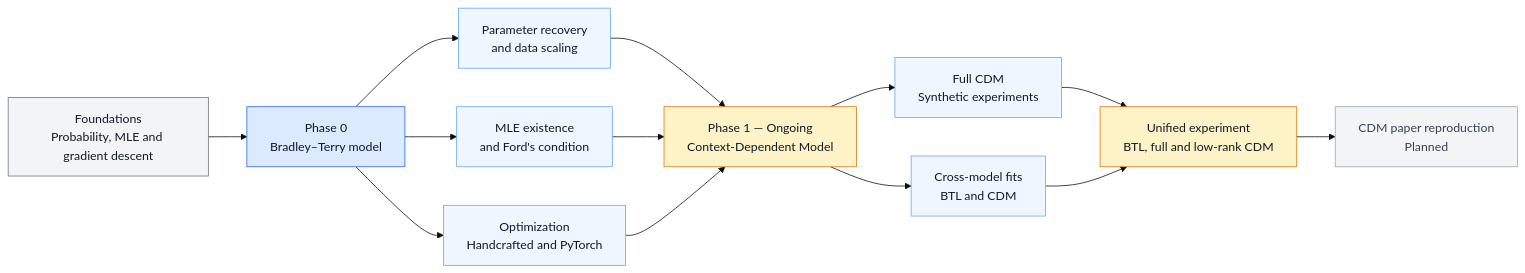
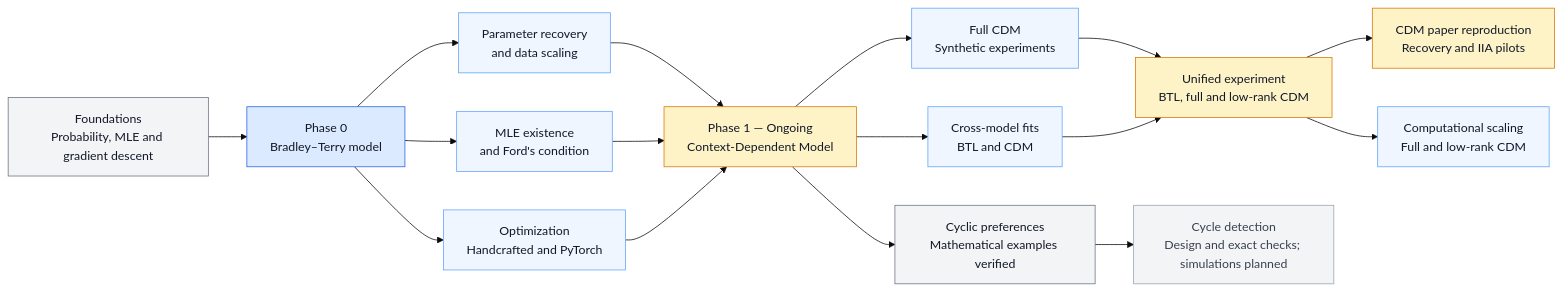
One commit to rbhdsks/Learning-from-Comparison-Data-Master-Thesis-Project- changed the diagram in README.md. Above: the diagram before and after it, drawn with Mermaid (base theme). The commit also changed other lines of this file and 5 other files, not shown here.

````diff
--- a/README.md
+++ b/README.md
@@ -9,40 +9,46 @@
 ```mermaid
 flowchart LR
     A["Foundations<br/>Probability, MLE and gradient descent"]
     B["Phase 0<br/>Bradley–Terry model"]
     C["Parameter recovery<br/>and data scaling"]
     D["MLE existence<br/>and Ford's condition"]
     E["Optimization<br/>Handcrafted and PyTorch"]
     F["Phase 1 — Ongoing<br/>Context-Dependent Model"]
     G["Full CDM<br/>Synthetic experiments"]
     H["Cross-model fits<br/>BTL and CDM"]
     I["Unified experiment<br/>BTL, full and low-rank CDM"]
-    J["CDM paper reproduction<br/>Planned"]
+    J["CDM paper reproduction<br/>Recovery and IIA pilots"]
+    K["Computational scaling<br/>Full and low-rank CDM"]
+    L["Cyclic preferences<br/>Mathematical examples verified"]
+    M["Cycle detection<br/>Design and exact checks; simulations planned"]
 
     A --> B
     B --> C
     B --> D
     B --> E
     C --> F
     D --> F
     E --> F
     F --> G
     F --> H
     G --> I
     H --> I
     I --> J
+    I --> K
+    F --> L
+    L --> M
 
     classDef foundation fill:#f3f4f6,stroke:#6b7280,color:#111827
     classDef completed fill:#dbeafe,stroke:#2563eb,color:#111827
     classDef experiment fill:#eff6ff,stroke:#60a5fa,color:#111827
     classDef ongoing fill:#fef3c7,stroke:#d97706,color:#111827
     classDef planned fill:#f3f4f6,stroke:#9ca3af,color:#374151
 
-    class A foundation
+    class A,L foundation
     class B completed
     class C,D,E experiment
     class F ongoing
-    class G,H experiment
-    class I ongoing
-    class J planned
+    class G,H,K experiment
+    class I,J ongoing
+    class M planned
 ```
````
